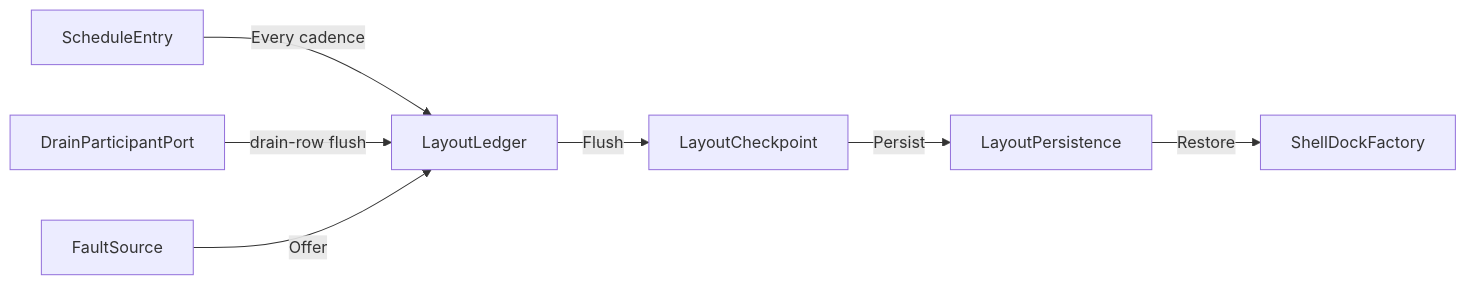
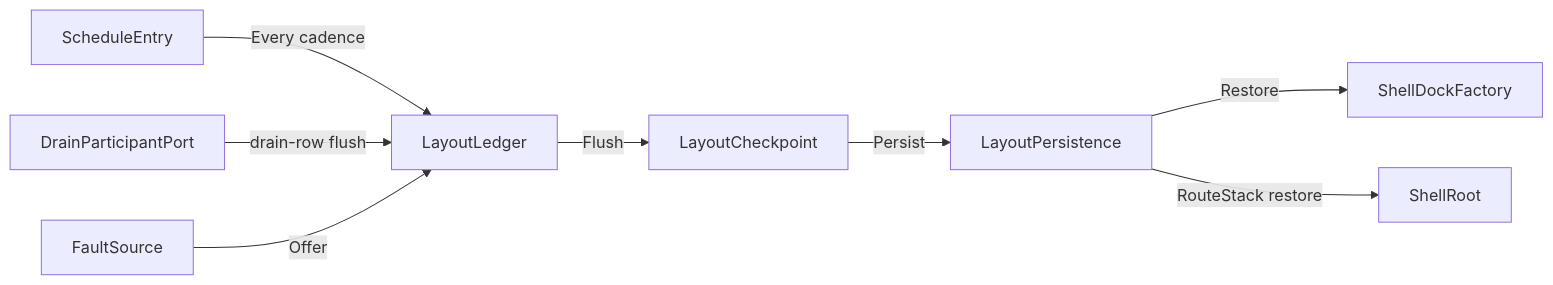
The diagram in libs/csharp/Rasm.AppUi/.planning/Shell/navigation.md (bsamiee/Rasm), drawn with Mermaid before and after one commit. The commit also changed other lines of this file and 46 other files, not shown here.

Commit message:
snapshot: rebuild wf mid-run planning output + mermaid render lane stale-env hardening

````diff
--- a/libs/csharp/Rasm.AppUi/.planning/Shell/navigation.md
+++ b/libs/csharp/Rasm.AppUi/.planning/Shell/navigation.md
@@ -285,9 +336,10 @@
 ```mermaid
 flowchart LR
     ScheduleEntry -->|"Every cadence"| LayoutLedger
     DrainParticipantPort -->|"drain-row flush"| LayoutLedger
     FaultSource -->|"Offer"| LayoutLedger
     LayoutLedger -->|"Flush"| LayoutCheckpoint
     LayoutCheckpoint -->|"Persist"| LayoutPersistence
     LayoutPersistence -->|"Restore"| ShellDockFactory
+    LayoutPersistence -->|"RouteStack restore"| ShellRoot
 ```
````
